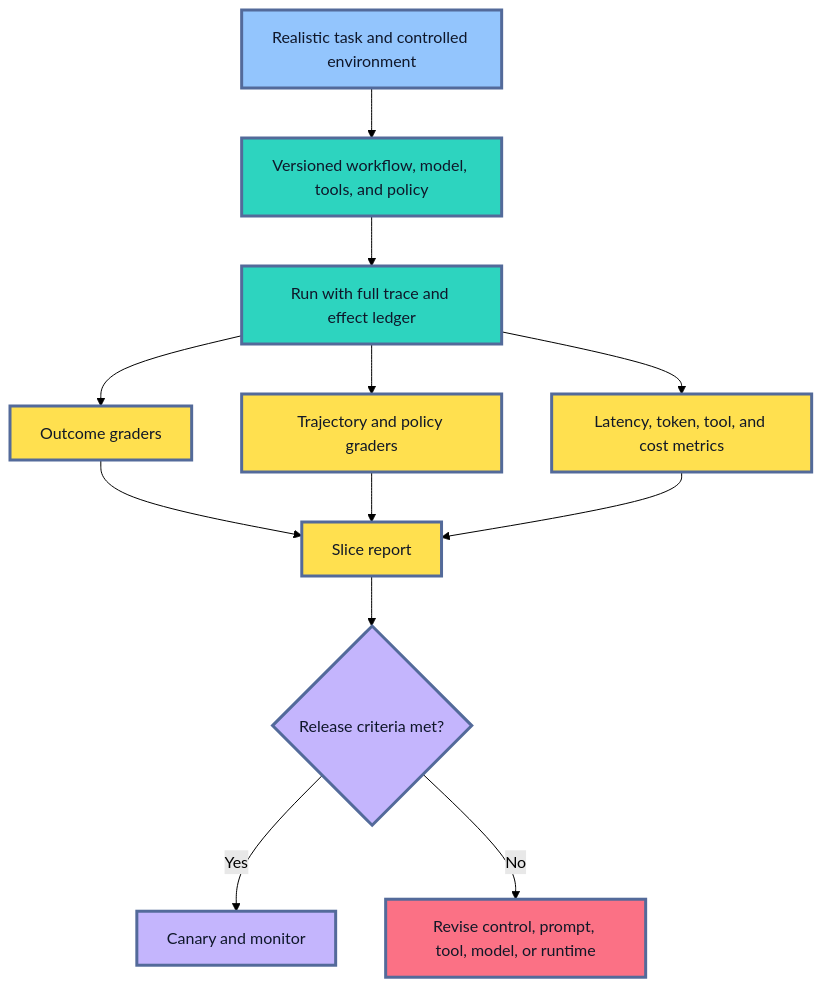
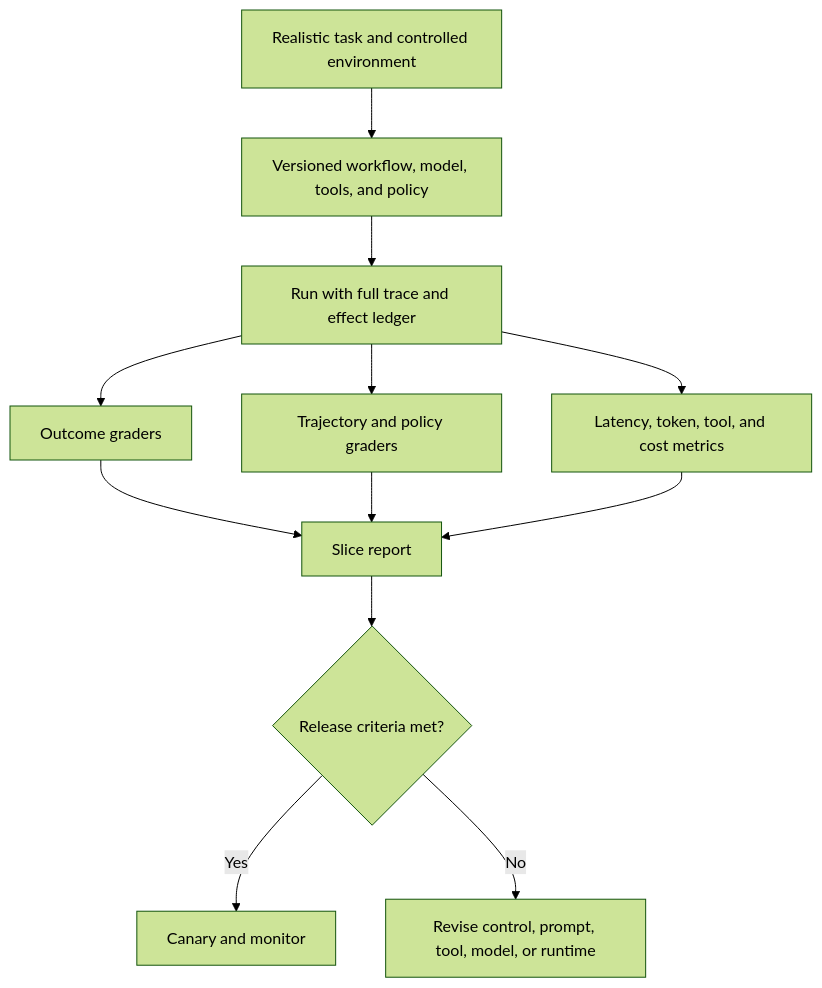
Before and after one commit to senlinyy/dev-roadmaps: diagram 13 of 13 in roadmaps/mlops/modules/llmops/llm-app-foundations/03-workflows-and-agents.md, drawn with Mermaid (forest theme). The commit also changed other lines of this file and 152 other files, not shown here.

Commit message:
feat: mlops and diagrams updated

````diff
--- a/roadmaps/mlops/modules/llmops/llm-app-foundations/03-workflows-and-agents.md
+++ b/roadmaps/mlops/modules/llmops/llm-app-foundations/03-workflows-and-agents.md
@@ -621,25 +588,20 @@
 ```mermaid
 flowchart TD
     A["Realistic task and controlled environment"] --> B["Versioned workflow, model, tools, and policy"]
     B --> C["Run with full trace and effect ledger"]
     C --> D["Outcome graders"]
     C --> E["Trajectory and policy graders"]
     C --> F["Latency, token, tool, and cost metrics"]
     D --> G["Slice report"]
     E --> G
     F --> G
     G --> H{"Release criteria met?"}
     H -->|"Yes"| I["Canary and monitor"]
     H -->|"No"| J["Revise control, prompt, tool, model, or runtime"]
 
-    classDef input fill:#93C5FD,stroke:#536A9A,stroke-width:3px,color:#0F172A
-    classDef run fill:#2DD4BF,stroke:#536A9A,stroke-width:3px,color:#0F172A
-    classDef grade fill:#FFE04F,stroke:#536A9A,stroke-width:3px,color:#111827
-    classDef gate fill:#C4B5FD,stroke:#536A9A,stroke-width:3px,color:#0F172A
-    classDef stop fill:#FB7185,stroke:#536A9A,stroke-width:3px,color:#111827
     class A input
     class B,C run
     class D,E,F,G grade
     class H,I gate
     class J stop
 ```
````
